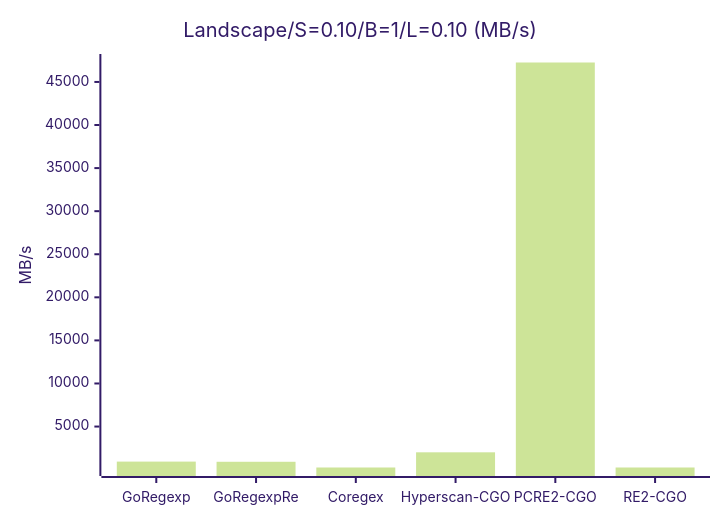
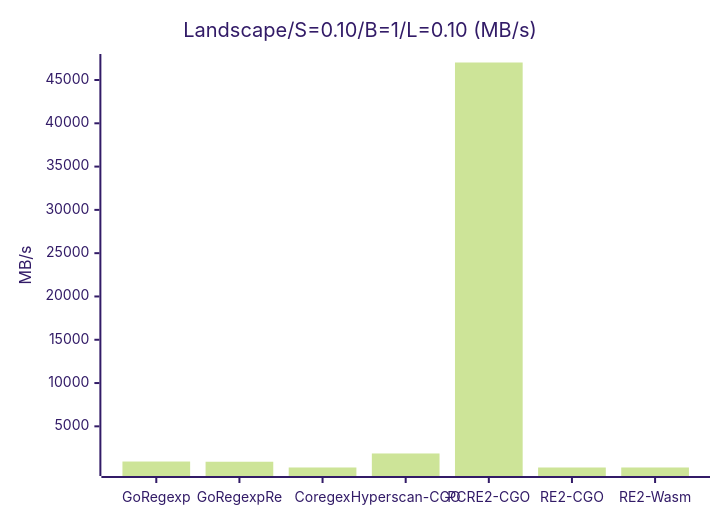
Diagram 14 of 47 in _benchmark_results/cgo_engines.md (kamichidu/go-regexp-re), drawn with Mermaid (forest theme) before and after one commit. The commit also changed other lines of this file and 1 other file, not shown here.

````diff
--- a/_benchmark_results/cgo_engines.md
+++ b/_benchmark_results/cgo_engines.md
@@ -223,7 +223,7 @@
 ```mermaid
 xychart-beta
     title "Landscape/S=0.10/B=1/L=0.10 (MB/s)"
-    x-axis ["GoRegexp", "GoRegexpRe", "Coregex", "Hyperscan-CGO", "PCRE2-CGO", "RE2-CGO"]
+    x-axis ["GoRegexp", "GoRegexpRe", "Coregex", "Hyperscan-CGO", "PCRE2-CGO", "RE2-CGO", "RE2-Wasm"]
     y-axis "MB/s"
-    bar [931.39, 911.06, 247.04, 2009.74, 47257.16, 247.12]
+    bar [935.62, 911.40, 247.15, 1866.47, 47021.11, 246.44, 247.60]
 ```
````
